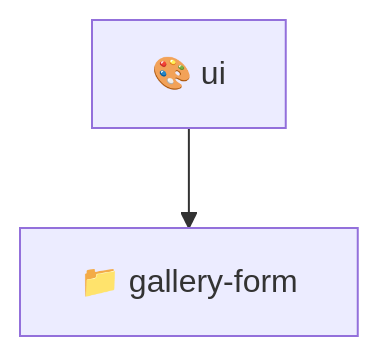
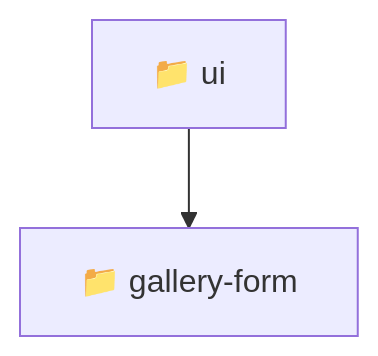
Before and after one commit to beginwebdev2002/fullstack-mavluda: the diagram in frontend/src/pages/gallery/ui/README.md, drawn with Mermaid. The commit also changed other lines of this file and 159 other files, not shown here.

````diff
--- a/frontend/src/pages/gallery/ui/README.md
+++ b/frontend/src/pages/gallery/ui/README.md
@@ -11,5 +11,5 @@
 ```mermaid
 graph TD
-  ui["🎨 ui"]
-  ui --> ui_gallery_form["📁 gallery-form"]
+  Root["📁 ui"]
+  Root --> gallery-form["📁 gallery-form"]
 ```
````
